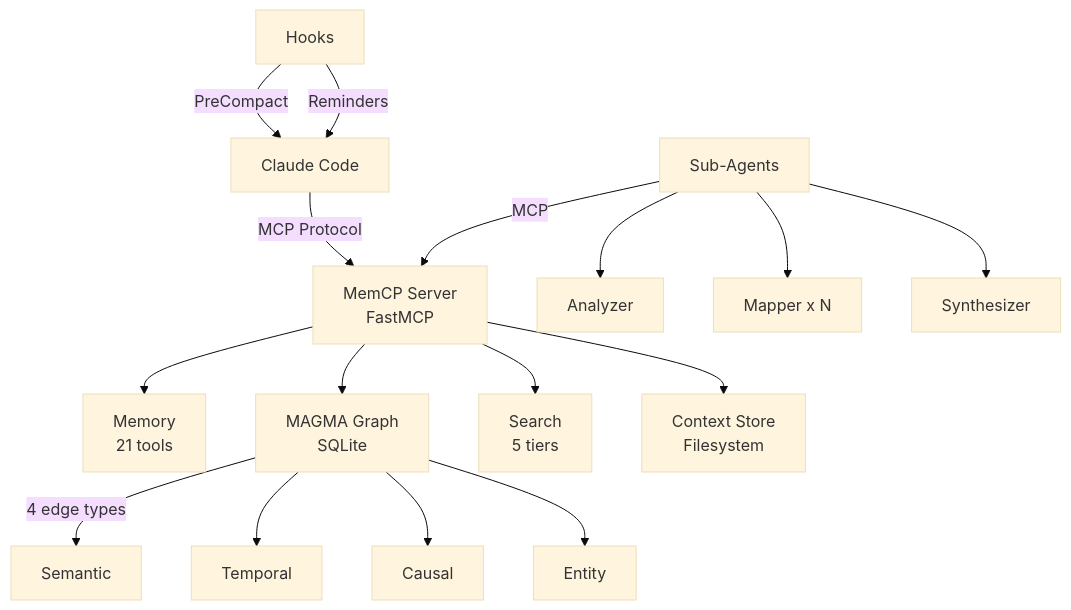
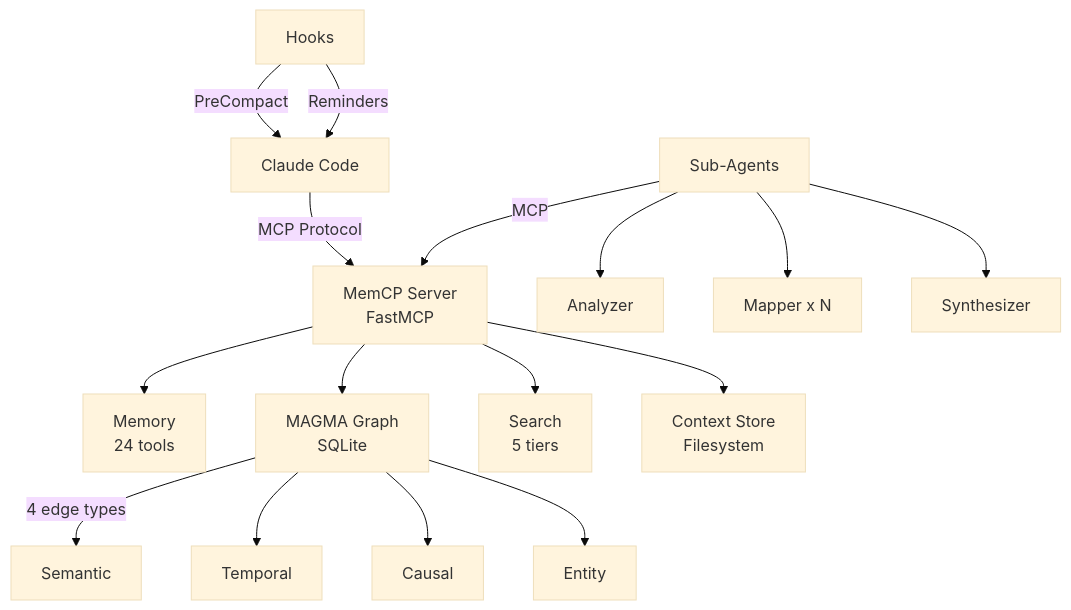
Before and after one commit to jeffborden/memcp-public: the diagram in README.md, drawn with Mermaid (base theme). The commit also changed other lines of this file and 8 other files, not shown here.

````diff
--- a/README.md
+++ b/README.md
@@ -48,21 +48,21 @@
 ```mermaid
 graph TB
     CC[Claude Code] -->|MCP Protocol| S[MemCP Server<br/>FastMCP]
-    S --> M[Memory<br/>21 tools]
+    S --> M[Memory<br/>24 tools]
     S --> G[MAGMA Graph<br/>SQLite]
     S --> SR[Search<br/>5 tiers]
     S --> C[Context Store<br/>Filesystem]
 
     G -->|4 edge types| E1[Semantic]
     G --> E2[Temporal]
     G --> E3[Causal]
     G --> E4[Entity]
 
     SA[Sub-Agents] -->|MCP| S
     SA --> A1[Analyzer]
     SA --> A2[Mapper x N]
     SA --> A3[Synthesizer]
 
     H[Hooks] -->|PreCompact| CC
     H -->|Reminders| CC
 ```
````
